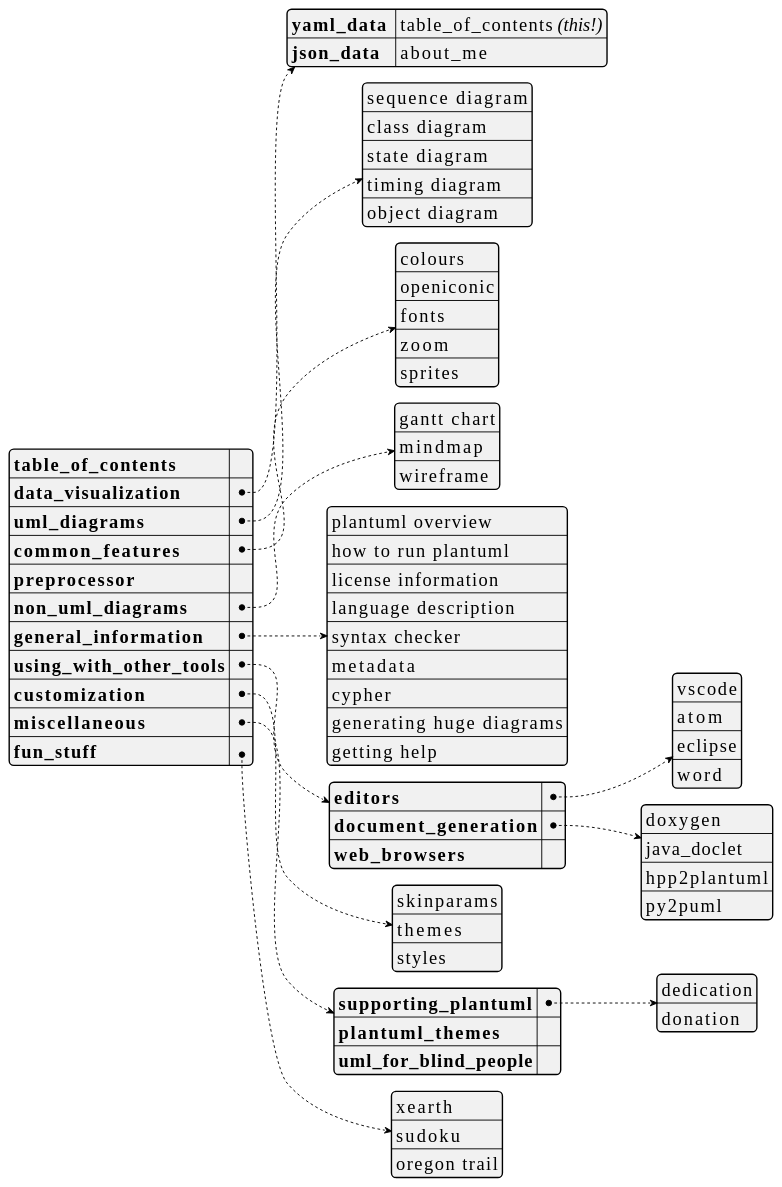
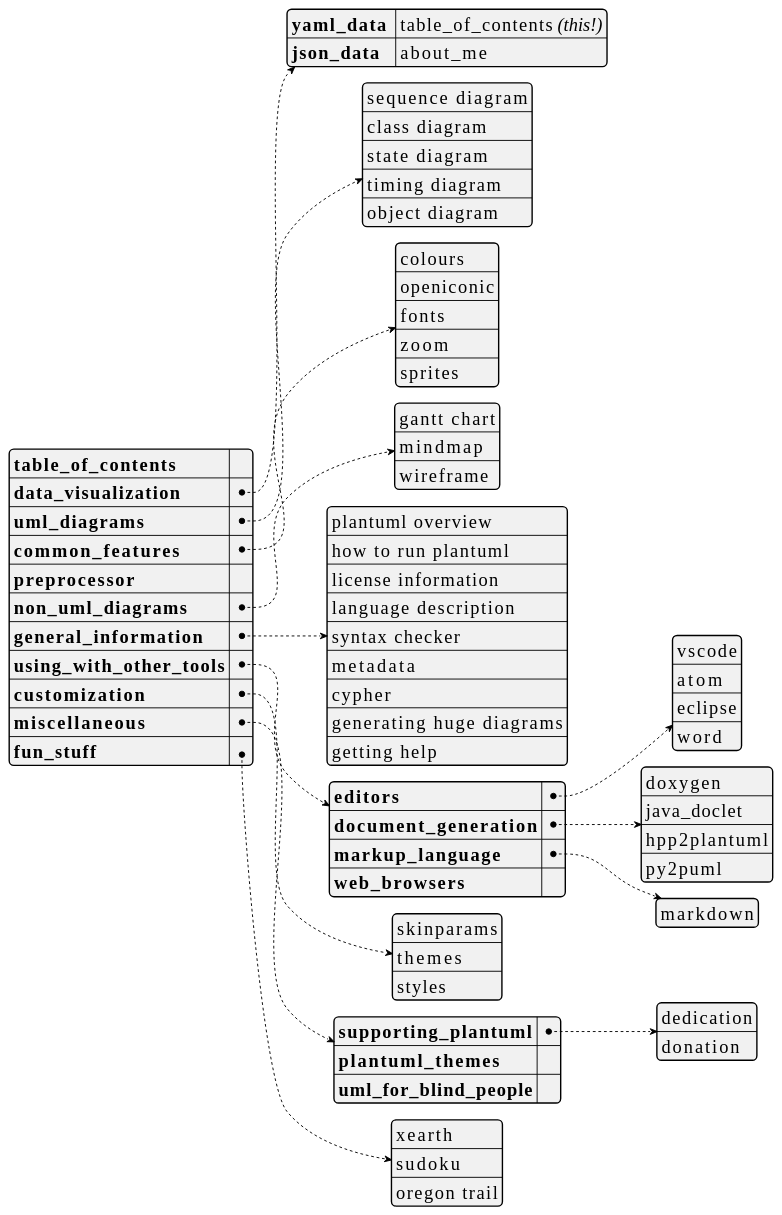
Before and after one commit to dragondive/heavens-arena: the first of 35 diagrams in plantuml_demo.md, drawn with PlantUML. The commit also changed other lines of this file, not shown here.

Commit message:
added integration: markdown

````diff
--- a/plantuml_demo.md
+++ b/plantuml_demo.md
@@ -27,80 +27,82 @@
 ```plantuml
 @startyaml
 <style>
 yamlDiagram {
     node {
         ' use a constant width font because that's what developers do.
         FontName Consolas
         FontSize 20
     }
 }
 </style>
 
 /'TODO:
 It would be cool to hyperlink the entries in the table_of_contents to the
 respective section in the document. Not only would it further accentuate the
 [Medium Awareness](https://tvtropes.org/pmwiki/pmwiki.php/Main/MediumAwareness)
 of this yaml document, but also augment the
 [Anachronic Order](https://tvtropes.org/pmwiki/pmwiki.php/Main/AnachronicOrder)
 of the outer markdown document.
 '/
 
 **table_of_contents**: ""  /' workaround: empty string here to avoid dummy link '/
 data_visualization:
     yaml_data : table_of_contents //(this!)//
     json_data : about_me
 uml_diagrams:
     - sequence diagram
     - class diagram
     - state diagram
     - timing diagram
     - object diagram
 common_features:
     - colours
     - openiconic
     - fonts
     - zoom
     - sprites
 preprocessor: ""
 non_uml_diagrams:
     - gantt chart
     - mindmap
     - wireframe
 general_information:
     - plantuml overview
     - how to run plantuml
     - license information
     - language description
     - syntax checker
     - metadata
     - cypher
     - generating huge diagrams
     - getting help
 using_with_other_tools:
     editors:
         - vscode
         - atom
         - eclipse
         - word
     document_generation:
         - doxygen
         - java_doclet
         - hpp2plantuml
         - py2puml
+    markup_language:
+        - markdown
     web_browsers: ""
 customization:
     - skinparams
     - themes
     - styles
 miscellaneous:
     supporting_plantuml:
         - dedication
         - donation
     plantuml_themes: ""
     uml_for_blind_people: ""
 fun_stuff:
     - xearth
     - sudoku
     - oregon trail
 @endyaml
 ```
````
